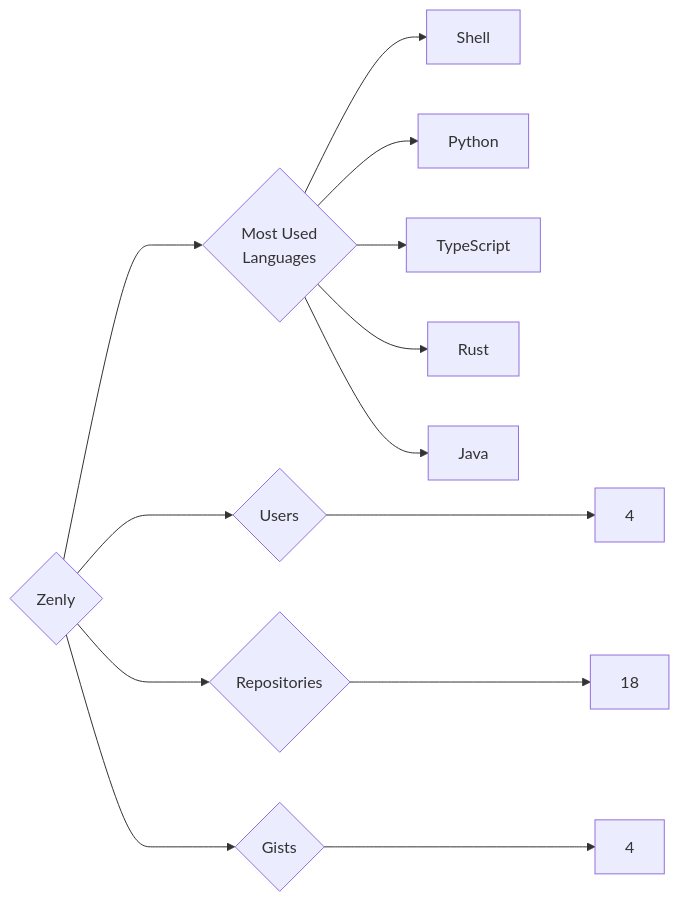
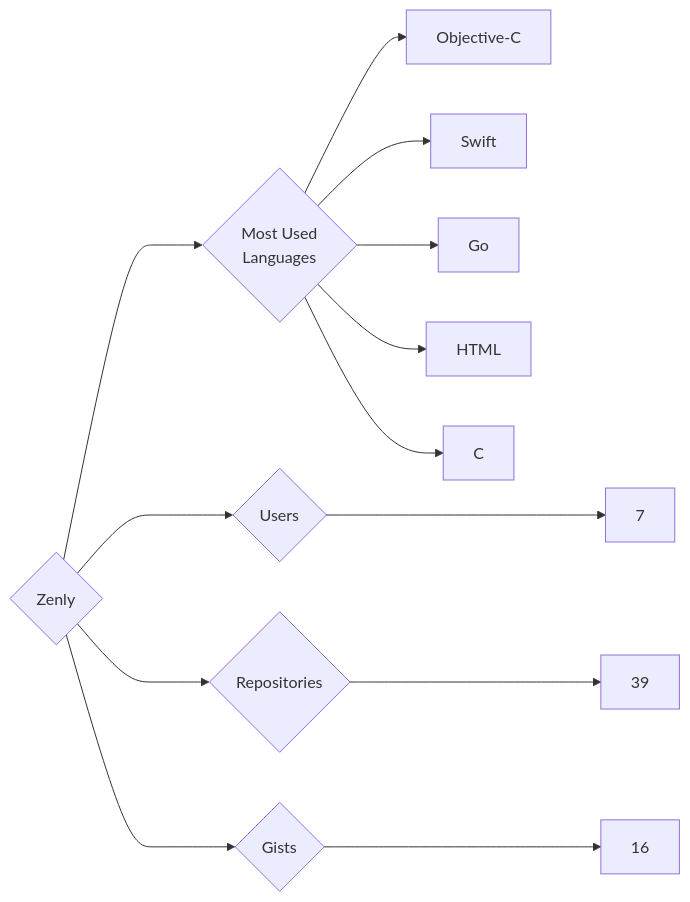
Before and after one commit to trickest/insiders: the diagram in targets/Zenly/README.md, drawn with Mermaid. The commit also changed 1011 other files, not shown here.

````diff
--- a/targets/Zenly/README.md
+++ b/targets/Zenly/README.md
@@ -3,13 +3,13 @@
 ```mermaid
 graph LR
 COMPANY_NAME{Zenly}
-COMPANY_NAME ---> U{Users} ---> UN[4]
-COMPANY_NAME ---> R{Repositories} ---> RN[18]
-COMPANY_NAME ---> G{Gists} ---> GN[4]
+COMPANY_NAME ---> U{Users} ---> UN[7]
+COMPANY_NAME ---> R{Repositories} ---> RN[39]
+COMPANY_NAME ---> G{Gists} ---> GN[16]
 COMPANY_NAME ---> ML{Most Used<br>Languages}
-ML --> Shell[Shell]
-ML --> Python[Python]
-ML --> TypeScript[TypeScript]
-ML --> Rust[Rust]
-ML --> Java[Java]
+ML --> Objective-C[Objective-C]
+ML --> Swift[Swift]
+ML --> Go[Go]
+ML --> HTML[HTML]
+ML --> C[C]
 ```
````
